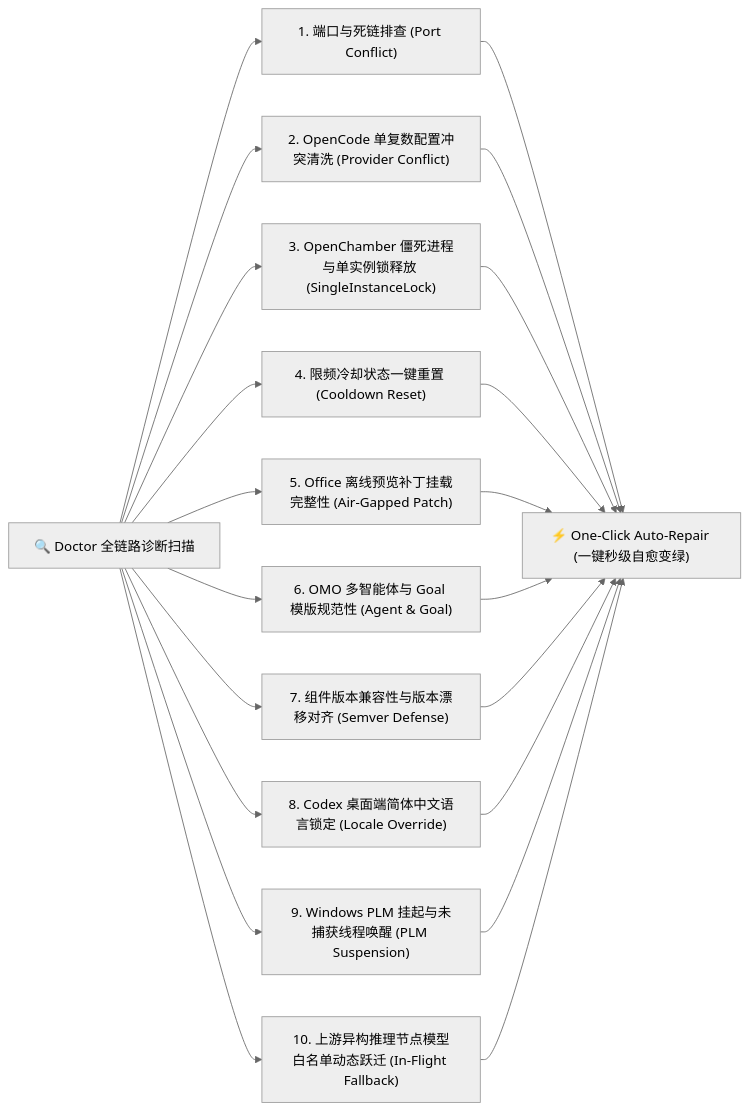
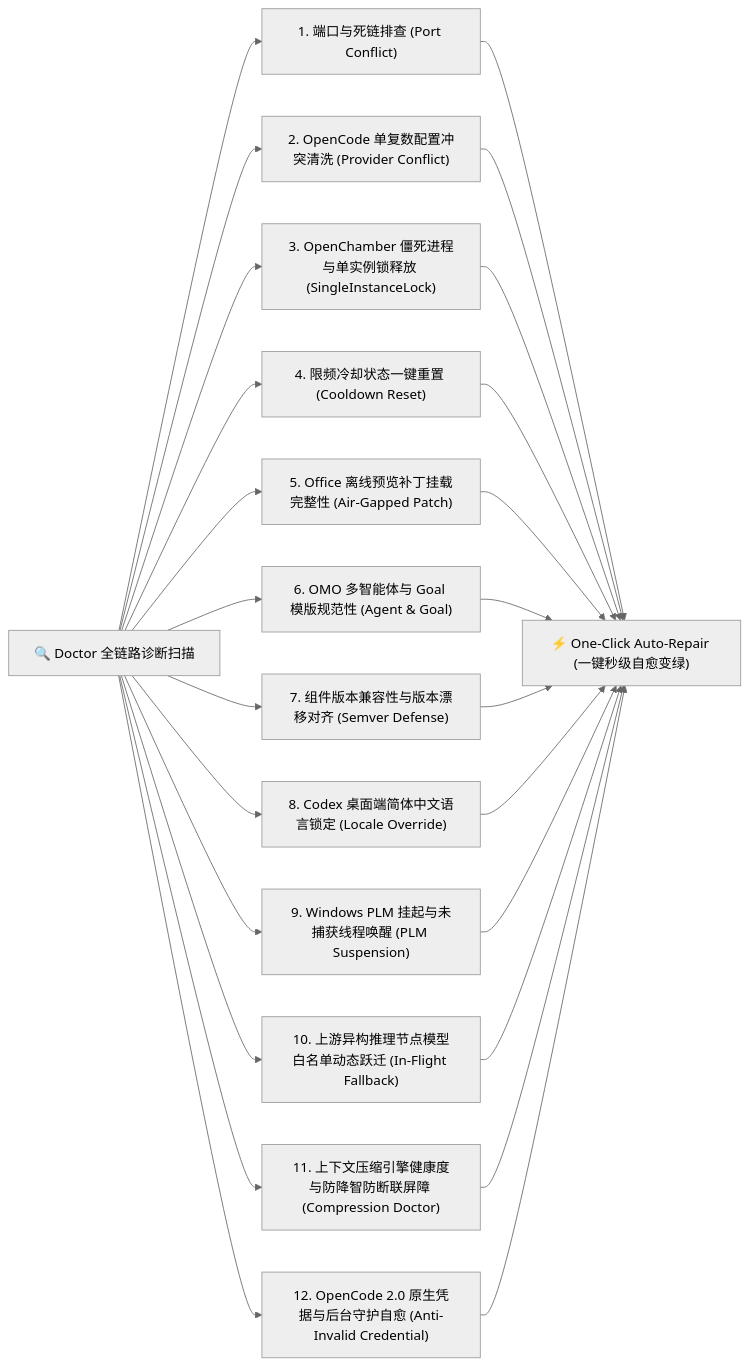
Before and after one commit to deancyl/opencode-go-router: the diagram in docs/Doctor-Self-Healing.md, drawn with Mermaid (neutral theme). The commit also changed other lines of this file and 8 other files, not shown here.

Commit message:
docs: comprehensive update of README, Wiki & docs to v3.4.1 (add Context Compression guide, API routes, architecture & FAQ)

````diff
--- a/docs/Doctor-Self-Healing.md
+++ b/docs/Doctor-Self-Healing.md
@@ -11,17 +11,19 @@
 ```mermaid
 flowchart LR
     Scan["🔍 Doctor 全链路诊断扫描"]
     
     Scan --> D1["1. 端口与死链排查 (Port Conflict)"]
     Scan --> D2["2. OpenCode 单复数配置冲突清洗 (Provider Conflict)"]
     Scan --> D3["3. OpenChamber 僵死进程与单实例锁释放 (SingleInstanceLock)"]
     Scan --> D4["4. 限频冷却状态一键重置 (Cooldown Reset)"]
     Scan --> D5["5. Office 离线预览补丁挂载完整性 (Air-Gapped Patch)"]
     Scan --> D6["6. OMO 多智能体与 Goal 模版规范性 (Agent & Goal)"]
     Scan --> D7["7. 组件版本兼容性与版本漂移对齐 (Semver Defense)"]
     Scan --> D8["8. Codex 桌面端简体中文语言锁定 (Locale Override)"]
     Scan --> D9["9. Windows PLM 挂起与未捕获线程唤醒 (PLM Suspension)"]
     Scan --> D10["10. 上游异构推理节点模型白名单动态跃迁 (In-Flight Fallback)"]
+    Scan --> D11["11. 上下文压缩引擎健康度与防降智防断联屏障 (Compression Doctor)"]
+    Scan --> D12["12. OpenCode 2.0 原生凭据与后台守护自愈 (Anti-Invalid Credential)"]
 
-    D1 & D2 & D3 & D4 & D5 & D6 & D7 & D8 & D9 & D10 --> Fix["⚡ One-Click Auto-Repair (一键秒级自愈变绿)"]
+    D1 & D2 & D3 & D4 & D5 & D6 & D7 & D8 & D9 & D10 & D11 & D12 --> Fix["⚡ One-Click Auto-Repair (一键秒级自愈变绿)"]
 ```
````
